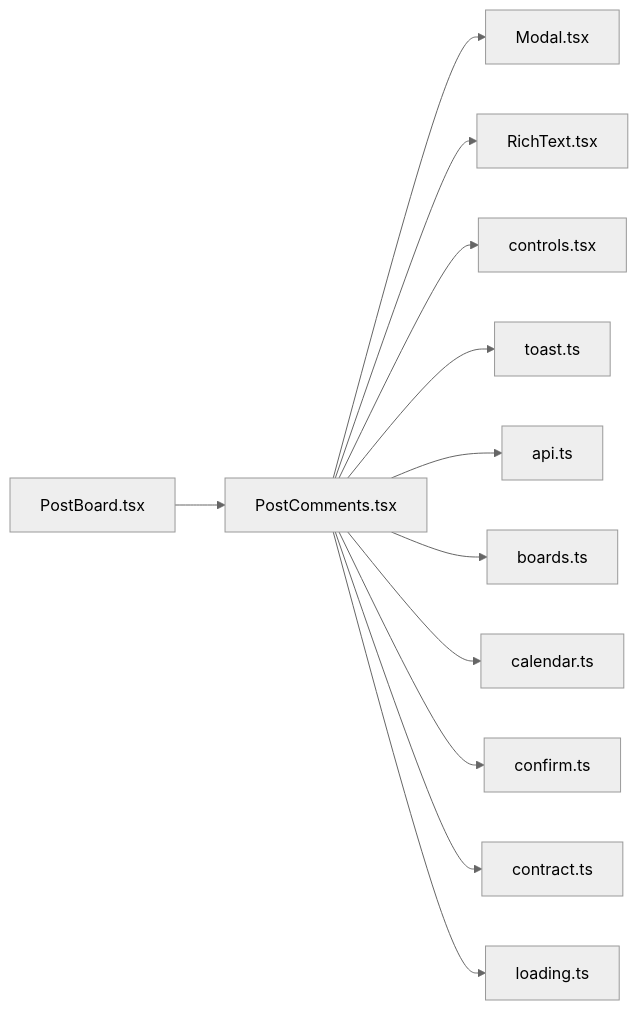
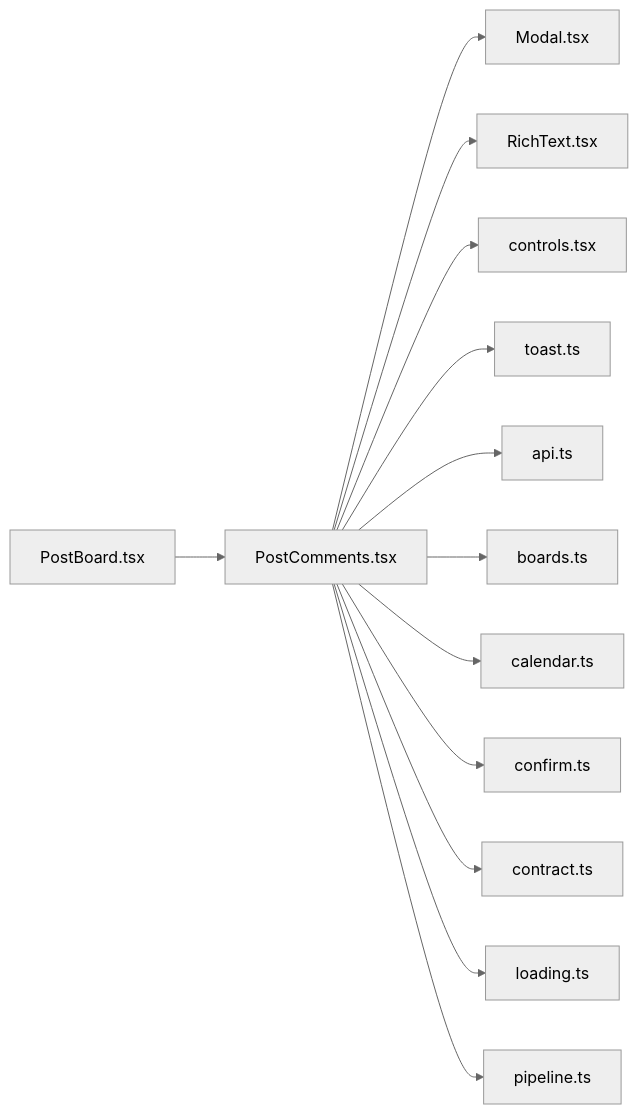
One commit to minkong-dev/Banblit changed the diagram in .cluedoc/graph/frontend/src/components/PostComments.md. Above: the diagram before and after it, drawn with Mermaid (neutral theme). The commit also changed other lines of this file and 17 other files, not shown here.

First line of the commit message:
frontend: route board server calls through pipeline and test the upload-then-publish order

````diff
--- a/.cluedoc/graph/frontend/src/components/PostComments.md
+++ b/.cluedoc/graph/frontend/src/components/PostComments.md
@@ -10,15 +10,16 @@
 ```mermaid
 flowchart LR
   frontend_src_components_PostComments["PostComments.tsx"]
   frontend_src_components_PostComments --> frontend_src_components_Modal["Modal.tsx"]
   frontend_src_components_PostComments --> frontend_src_components_RichText["RichText.tsx"]
   frontend_src_components_PostComments --> frontend_src_components_controls["controls.tsx"]
   frontend_src_components_PostComments --> frontend_src_components_toast["toast.ts"]
   frontend_src_components_PostComments --> frontend_src_lib_api["api.ts"]
   frontend_src_components_PostComments --> frontend_src_lib_boards["boards.ts"]
   frontend_src_components_PostComments --> frontend_src_lib_calendar["calendar.ts"]
   frontend_src_components_PostComments --> frontend_src_lib_confirm["confirm.ts"]
   frontend_src_components_PostComments --> frontend_src_lib_contract["contract.ts"]
   frontend_src_components_PostComments --> frontend_src_lib_loading["loading.ts"]
+  frontend_src_components_PostComments --> frontend_src_lib_pipeline["pipeline.ts"]
   frontend_src_components_PostBoard["PostBoard.tsx"] --> frontend_src_components_PostComments
 ```
````
